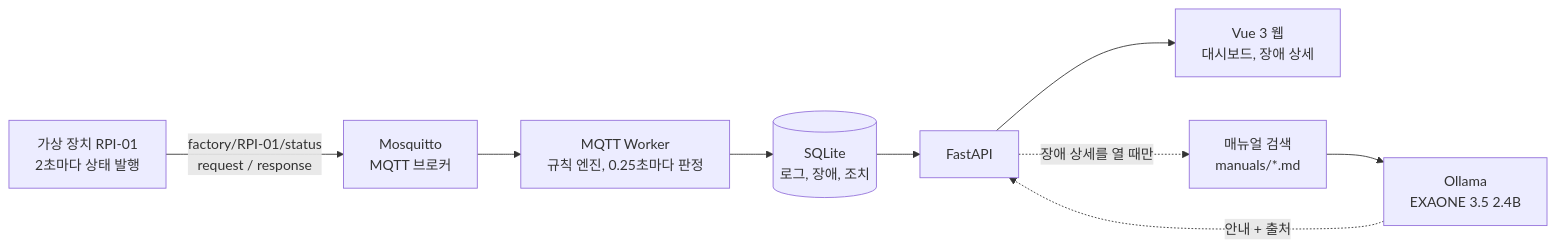
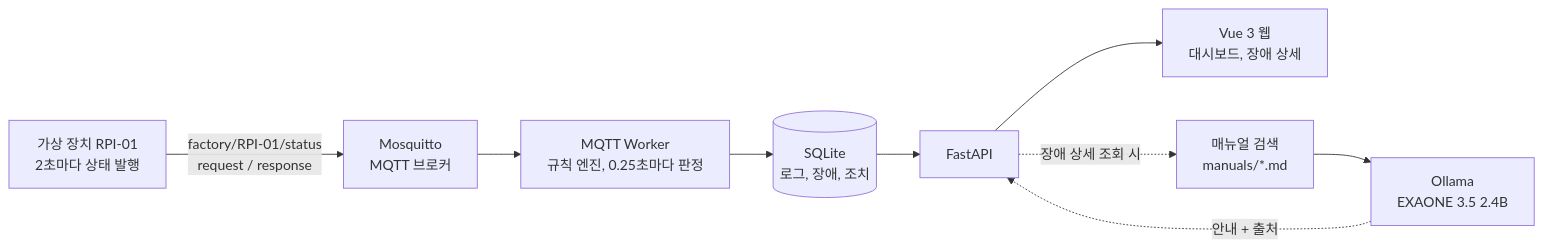
Before and after one commit to ryusb2295/iot-fault-assistant: the diagram in README.md, drawn with Mermaid. The commit also changed other lines of this file, not shown here.

````diff
--- a/README.md
+++ b/README.md
@@ -29,11 +29,11 @@
 ```mermaid
 flowchart LR
     DEV["가상 장치 RPI-01<br/>2초마다 상태 발행"] -- "factory/RPI-01/status<br/>request / response" --> BR["Mosquitto<br/>MQTT 브로커"]
     BR --> WK["MQTT Worker<br/>규칙 엔진, 0.25초마다 판정"]
     WK --> DB[("SQLite<br/>로그, 장애, 조치")]
     DB --> API["FastAPI"]
     API --> WEB["Vue 3 웹<br/>대시보드, 장애 상세"]
-    API -. "장애 상세를 열 때만" .-> RAG["매뉴얼 검색<br/>manuals/*.md"]
+    API -. "장애 상세 조회 시" .-> RAG["매뉴얼 검색<br/>manuals/*.md"]
     RAG --> LLM["Ollama<br/>EXAONE 3.5 2.4B"]
     LLM -. "안내 + 출처" .-> API
 ```
````
